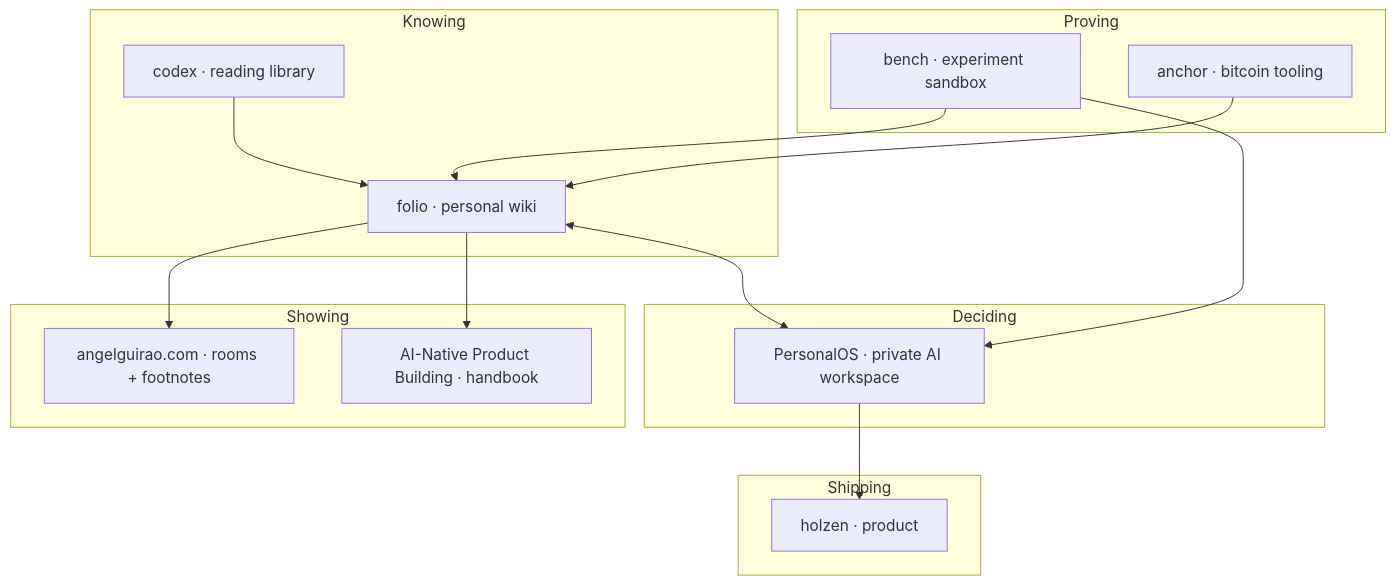
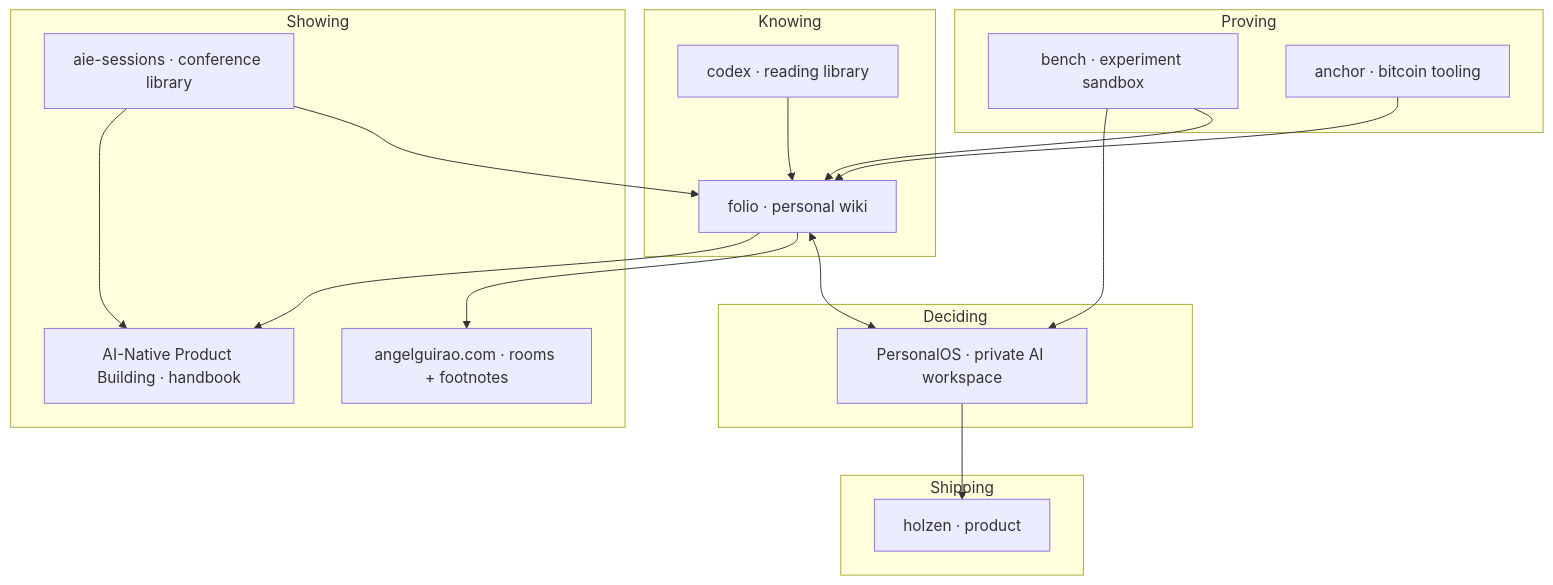
One commit to Angelguirao/projects changed the diagram in README.md. Above: the diagram before and after it, drawn with Mermaid. The commit also changed other lines of this file, not shown here.

Commit message:
Map aie-sessions into the private stack as the conference library.

````diff
--- a/README.md
+++ b/README.md
@@ -41,33 +43,36 @@
 ```mermaid
 flowchart TB
   subgraph know["Knowing"]
     LIB[codex · reading library]
     FOL[folio · personal wiki]
     LIB --> FOL
   end
 
   subgraph decide["Deciding"]
     OS[PersonalOS · private AI workspace]
     FOL <--> OS
   end
 
   subgraph show["Showing"]
     SITE[angelguirao.com · rooms + footnotes]
     BOOK[AI-Native Product Building · handbook]
+    AIE[aie-sessions · conference library]
     FOL --> SITE
     FOL --> BOOK
+    AIE --> FOL
+    AIE --> BOOK
   end
 
   subgraph ship["Shipping"]
     HOL[holzen · product]
     OS --> HOL
   end
 
   subgraph prove["Proving"]
     LAB[bench · experiment sandbox]
     MON[anchor · bitcoin tooling]
     LAB --> FOL
     LAB --> OS
     MON --> FOL
   end
 ```
````
